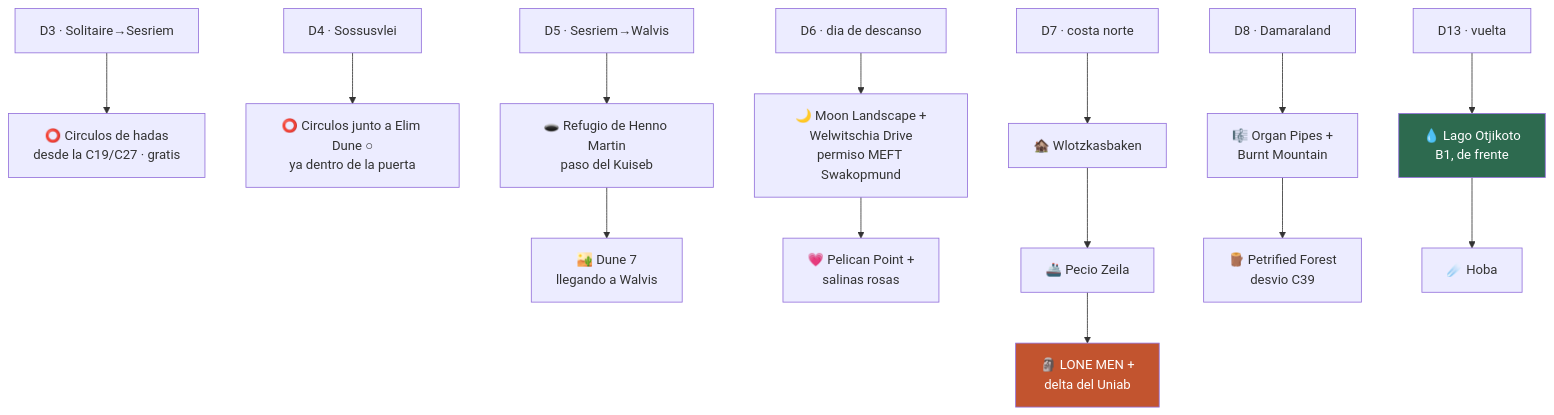
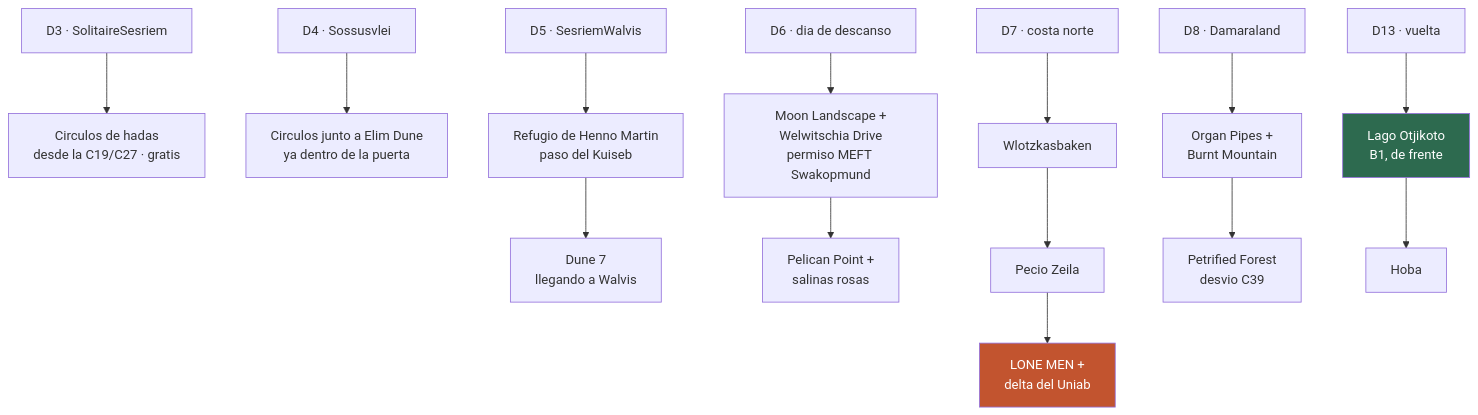
One commit to morandeirachema/namibia changed the diagram in 10-joyas-ocultas.md. Above: the diagram before and after it, drawn with Mermaid. The commit also changed 14 other files, not shown here.

Commit message:
Arreglar el renderizado de los diagramas en GitHub: fuera emojis, negritas y barras ASCII de dentro de los nodos, que descuadraban la medida y recortaban el texto

````diff
--- a/10-joyas-ocultas.md
+++ b/10-joyas-ocultas.md
@@ -54,12 +54,12 @@
 ```mermaid
 flowchart TD
-    D3["D3 · Solitaire→Sesriem"] --> J1["⭕ Circulos de hadas<br/>desde la C19/C27 · gratis"]
-    D4["D4 · Sossusvlei"] --> J2["⭕ Circulos junto a Elim Dune ○<br/>ya dentro de la puerta"]
-    D5["D5 · Sesriem→Walvis"] --> J3["🕳️ Refugio de Henno Martin<br/>paso del Kuiseb"] --> J4["🏜️ Dune 7<br/>llegando a Walvis"]
-    D6["D6 · dia de descanso"] --> J5["🌙 Moon Landscape +<br/>Welwitschia Drive<br/>permiso MEFT Swakopmund"] --> J6["💗 Pelican Point +<br/>salinas rosas"]
-    D7["D7 · costa norte"] --> J7["🏚️ Wlotzkasbaken"] --> J8["🚢 Pecio Zeila"] --> J9["🗿 LONE MEN +<br/>delta del Uniab"]
-    D8["D8 · Damaraland"] --> J10["🎼 Organ Pipes +<br/>Burnt Mountain"] --> J11["🪵 Petrified Forest<br/>desvio C39"]
-    D13["D13 · vuelta"] --> J12["💧 Lago Otjikoto<br/>B1, de frente"] --> J13["☄️ Hoba"]
+    D3["D3 · SolitaireSesriem"] --> J1["Circulos de hadas<br/>desde la C19/C27 · gratis"]
+    D4["D4 · Sossusvlei"] --> J2["Circulos junto a Elim Dune<br/>ya dentro de la puerta"]
+    D5["D5 · SesriemWalvis"] --> J3["Refugio de Henno Martin<br/>paso del Kuiseb"] --> J4["Dune 7<br/>llegando a Walvis"]
+    D6["D6 · dia de descanso"] --> J5["Moon Landscape +<br/>Welwitschia Drive<br/>permiso MEFT Swakopmund"] --> J6["Pelican Point +<br/>salinas rosas"]
+    D7["D7 · costa norte"] --> J7["Wlotzkasbaken"] --> J8["Pecio Zeila"] --> J9["LONE MEN +<br/>delta del Uniab"]
+    D8["D8 · Damaraland"] --> J10["Organ Pipes +<br/>Burnt Mountain"] --> J11["Petrified Forest<br/>desvio C39"]
+    D13["D13 · vuelta"] --> J12["Lago Otjikoto<br/>B1, de frente"] --> J13["Hoba"]
     style J9 fill:#C2542F,color:#fff
     style J12 fill:#2d6a4f,color:#fff
 ```
````
